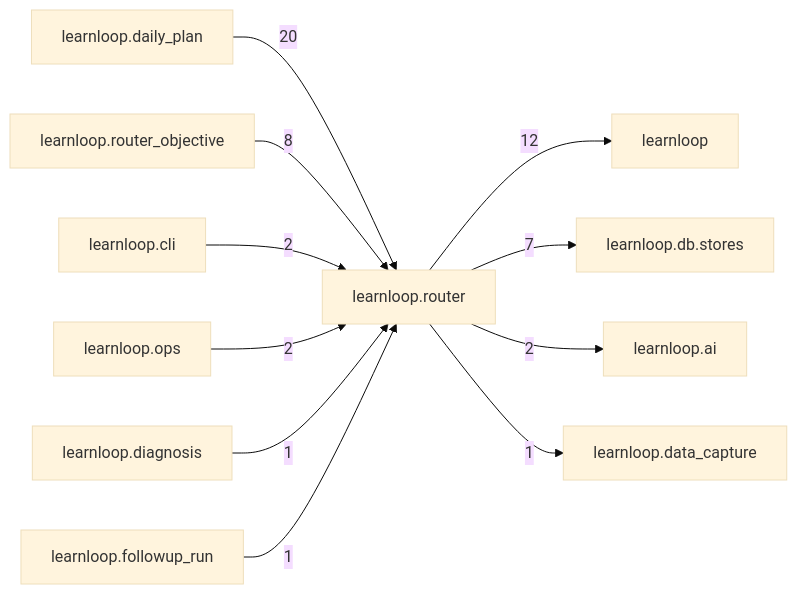
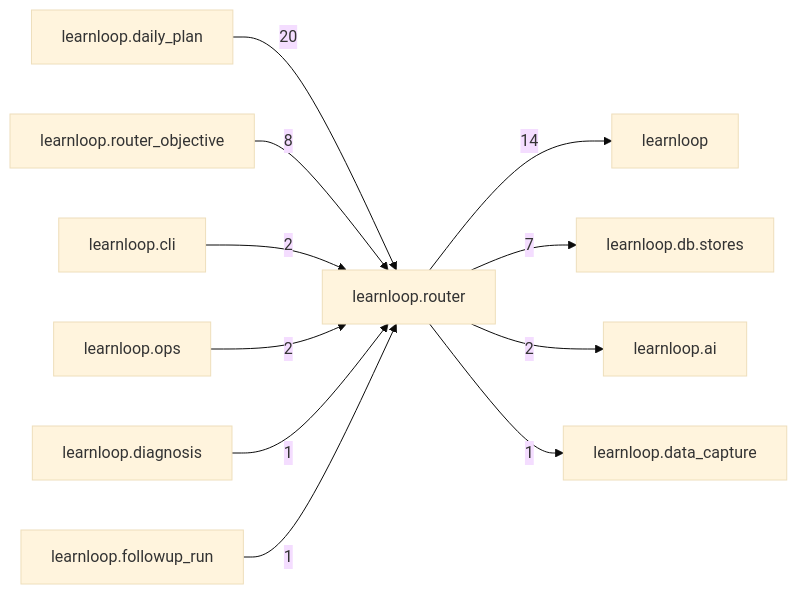
Before and after one commit to 6up-b/learnanything: the diagram in docs/learnloop-architecture-vault/Reference/Modules/learnloop/router/_package.md, drawn with Mermaid (base theme). The commit also changed other lines of this file and 59 other files, not shown here.

````diff
--- a/docs/learnloop-architecture-vault/Reference/Modules/learnloop/router/_package.md
+++ b/docs/learnloop-architecture-vault/Reference/Modules/learnloop/router/_package.md
@@ -96,24 +96,24 @@
 ```mermaid
 flowchart LR
     center["learnloop.router"]
     n_learnloop_daily_plan["learnloop.daily_plan"]
     n_learnloop["learnloop"]
     n_learnloop_router_objective["learnloop.router_objective"]
     n_learnloop_db_stores["learnloop.db.stores"]
     n_learnloop_ai["learnloop.ai"]
     n_learnloop_cli["learnloop.cli"]
     n_learnloop_ops["learnloop.ops"]
     n_learnloop_data_capture["learnloop.data_capture"]
     n_learnloop_diagnosis["learnloop.diagnosis"]
     n_learnloop_followup_run["learnloop.followup_run"]
     n_learnloop_daily_plan -->|20| center
-    center -->|12| n_learnloop
+    center -->|14| n_learnloop
     n_learnloop_router_objective -->|8| center
     center -->|7| n_learnloop_db_stores
     center -->|2| n_learnloop_ai
     n_learnloop_cli -->|2| center
     n_learnloop_ops -->|2| center
     center -->|1| n_learnloop_data_capture
     n_learnloop_diagnosis -->|1| center
     n_learnloop_followup_run -->|1| center
 ```
````
